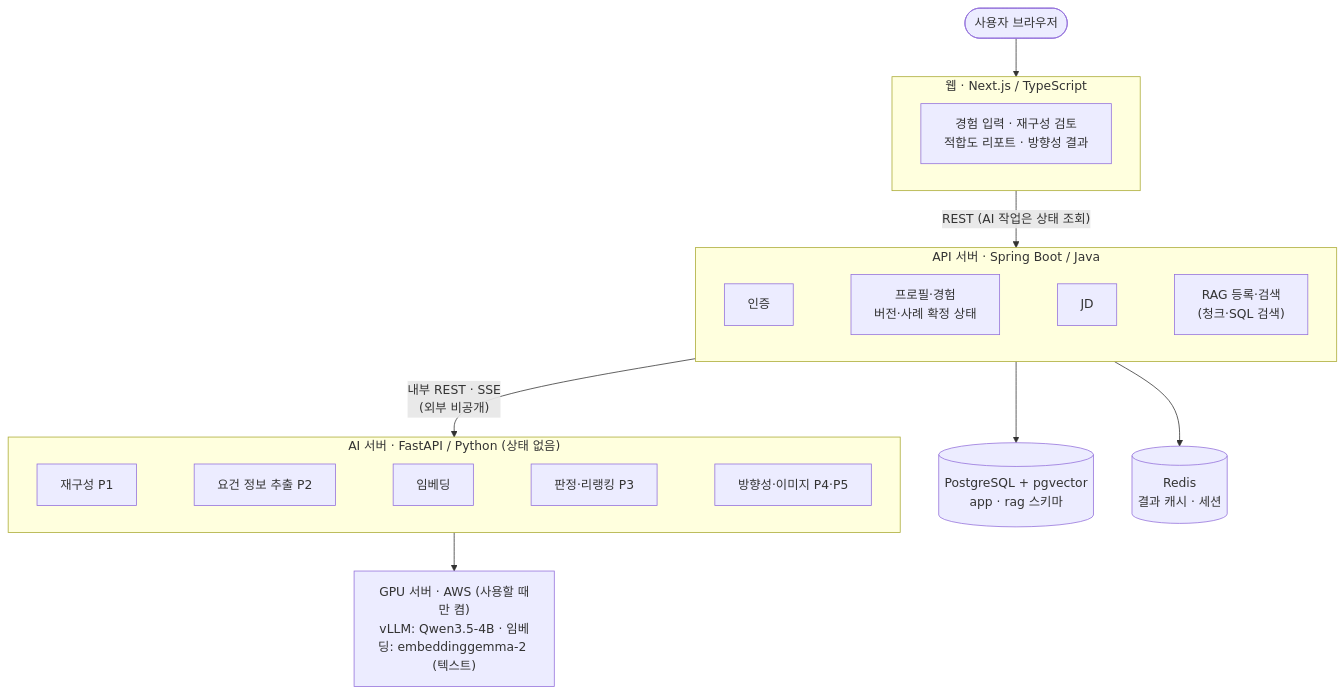
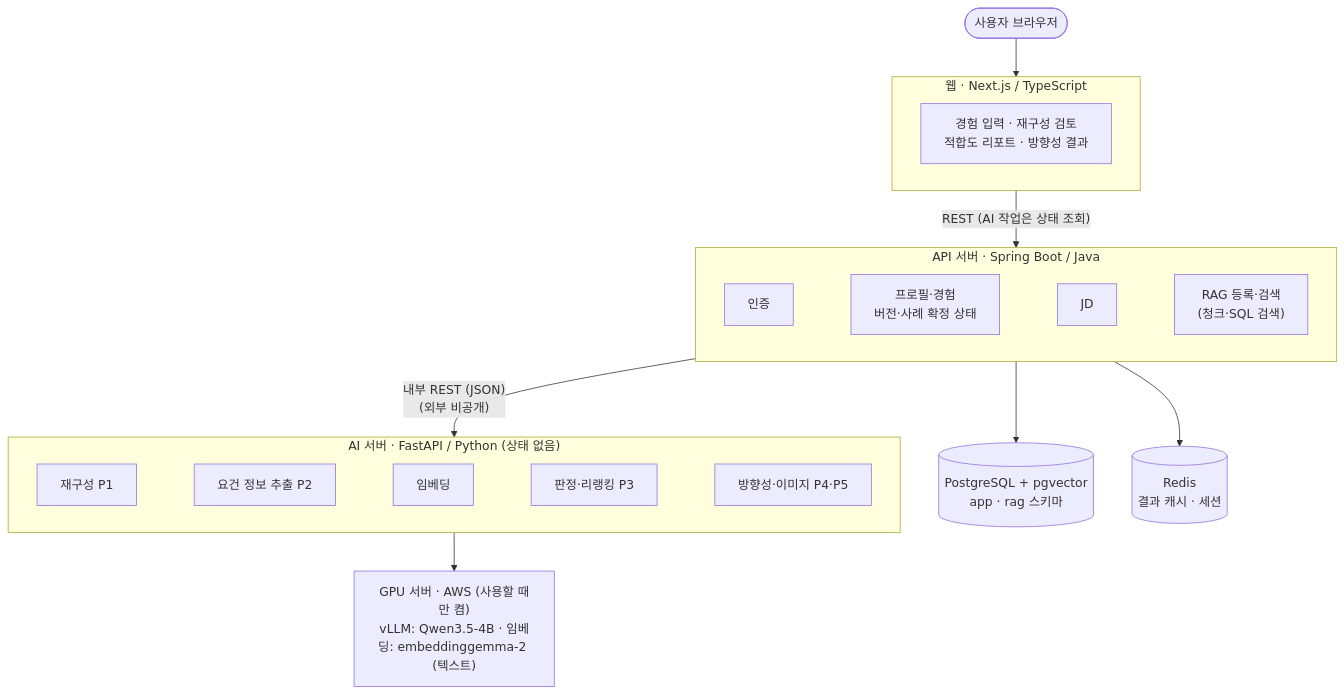
One commit to nerd-nam/SPEC-nerdnam changed the second of 3 diagrams in 기획서.md. Above: the diagram before and after it, drawn with Mermaid. The commit also changed other lines of this file and 1 other file, not shown here.

First line of the commit message:
docs: API ↔ AI 호출 방식 — 작업 저장 후 백그라운드 HTTP, /guide 탭별 JSON (기획서 v1.23)

````diff
--- a/기획서.md
+++ b/기획서.md
@@ -367,18 +368,18 @@
 ```mermaid
 flowchart TB
     U(["사용자 브라우저"]) --> WEB
     subgraph WEB["웹 · Next.js / TypeScript"]
         W1["경험 입력 · 재구성 검토<br/>적합도 리포트 · 방향성 결과"]
     end
     WEB -- "REST (AI 작업은 상태 조회)" --> API
     subgraph API["API 서버 · Spring Boot / Java"]
         A1["인증"] ~~~ A2["프로필·경험<br/>버전·사례 확정 상태"] ~~~ A3["JD"] ~~~ A4["RAG 등록·검색<br/>(청크·SQL 검색)"]
     end
-    API -- "내부 REST · SSE<br/>(외부 비공개)" --> AI
+    API -- "내부 REST (JSON)<br/>(외부 비공개)" --> AI
     subgraph AI["AI 서버 · FastAPI / Python (상태 없음)"]
         I1["재구성 P1"] ~~~ I2["요건 정보 추출 P2"] ~~~ I3["임베딩"] ~~~ I4["판정·리랭킹 P3"] ~~~ I5["방향성·이미지 P4·P5"]
     end
     API --> PG[("PostgreSQL + pgvector<br/>app · rag 스키마")]
     API --> RD[("Redis<br/>결과 캐시 · 세션")]
     AI --> GPU["GPU 서버 · AWS (사용할 때만 켬)<br/>vLLM: Qwen3.5-4B · 임베딩: embeddinggemma-2 (텍스트)"]
 ```
````
